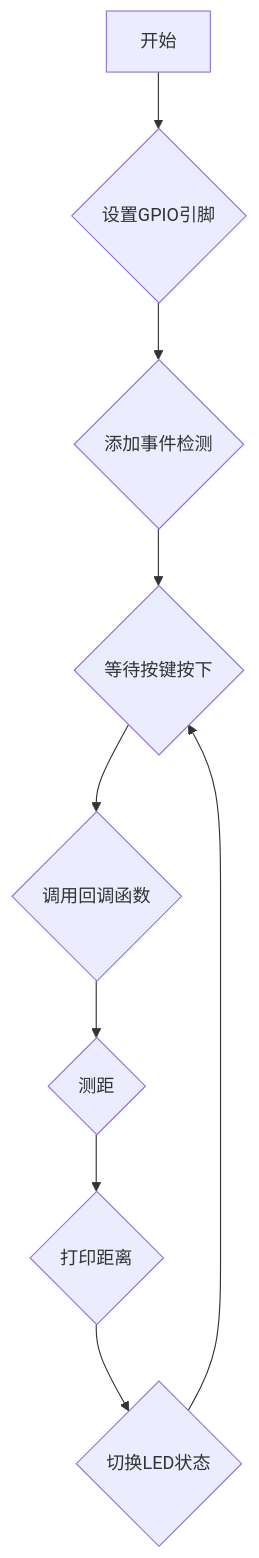
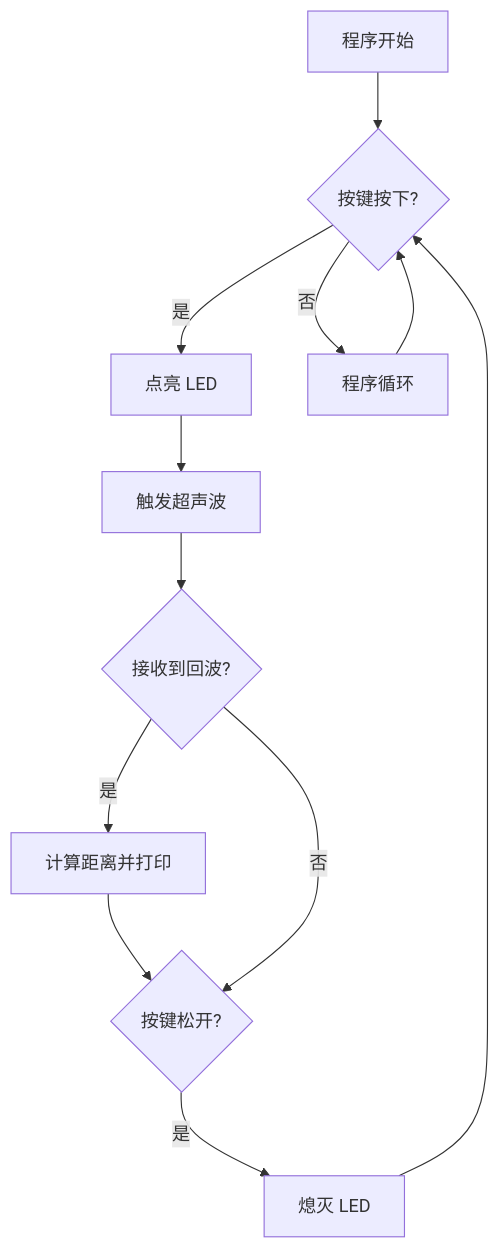
Before and after one commit to sergiudm/ee351-lab-reports: the diagram in docs/lab10.md, drawn with Mermaid. The commit also changed other lines of this file and 7 other files, not shown here.

````diff
--- a/docs/lab10.md
+++ b/docs/lab10.md
@@ -41,11 +41,14 @@
 ```mermaid
 graph TD
-    A[开始] --> B{设置GPIO引脚}
-    B --> C{添加事件检测}
-    C --> D{等待按键按下}
-    D --> E{调用回调函数}
-    E --> F{测距}
-    F --> G{打印距离}
-    G --> H{切换LED状态}
-    H --> D
+    A[程序开始] --> B{按键按下?};
+    B -- 是 --> C[点亮 LED];
+    C --> D[触发超声波];
+    D --> E{接收到回波?};
+    E -- 是 --> F[计算距离并打印];
+    F --> G{按键松开?};
+    G -- 是 --> H[熄灭 LED];
+    H --> B;
+    E -- 否 --> G;
+    B -- 否 --> I[程序循环];
+    I --> B;
 ```
````
